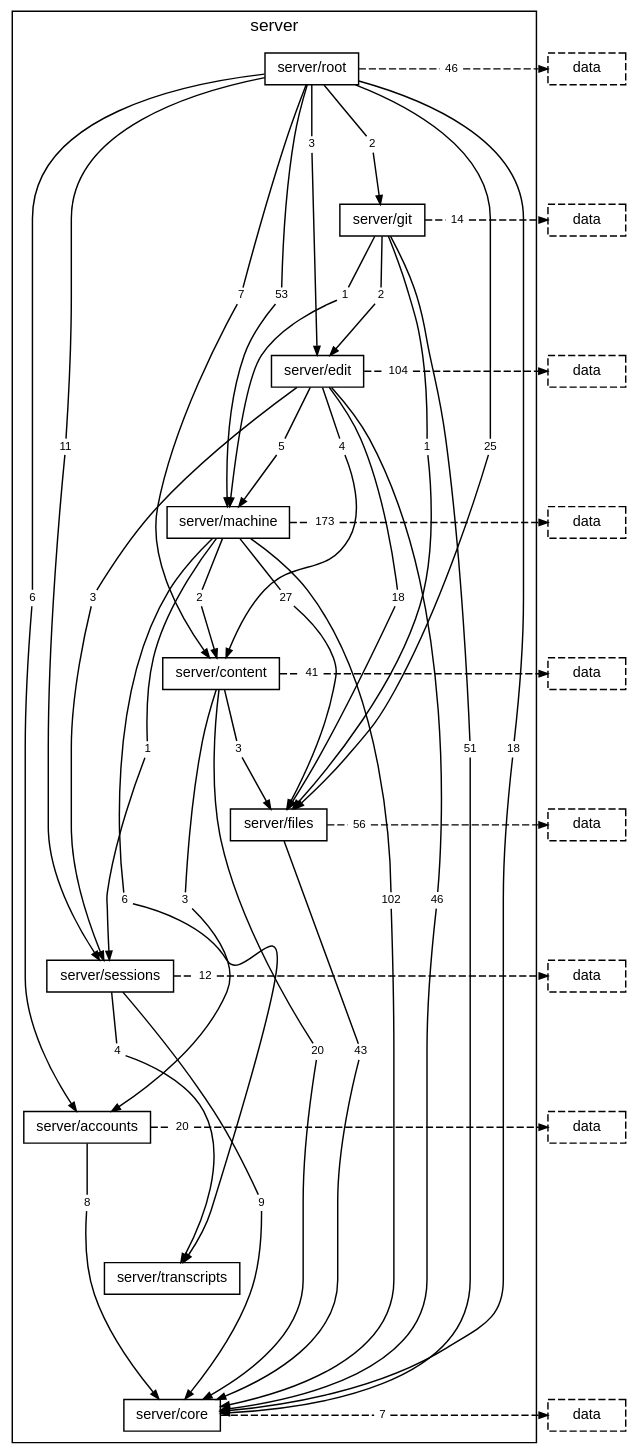
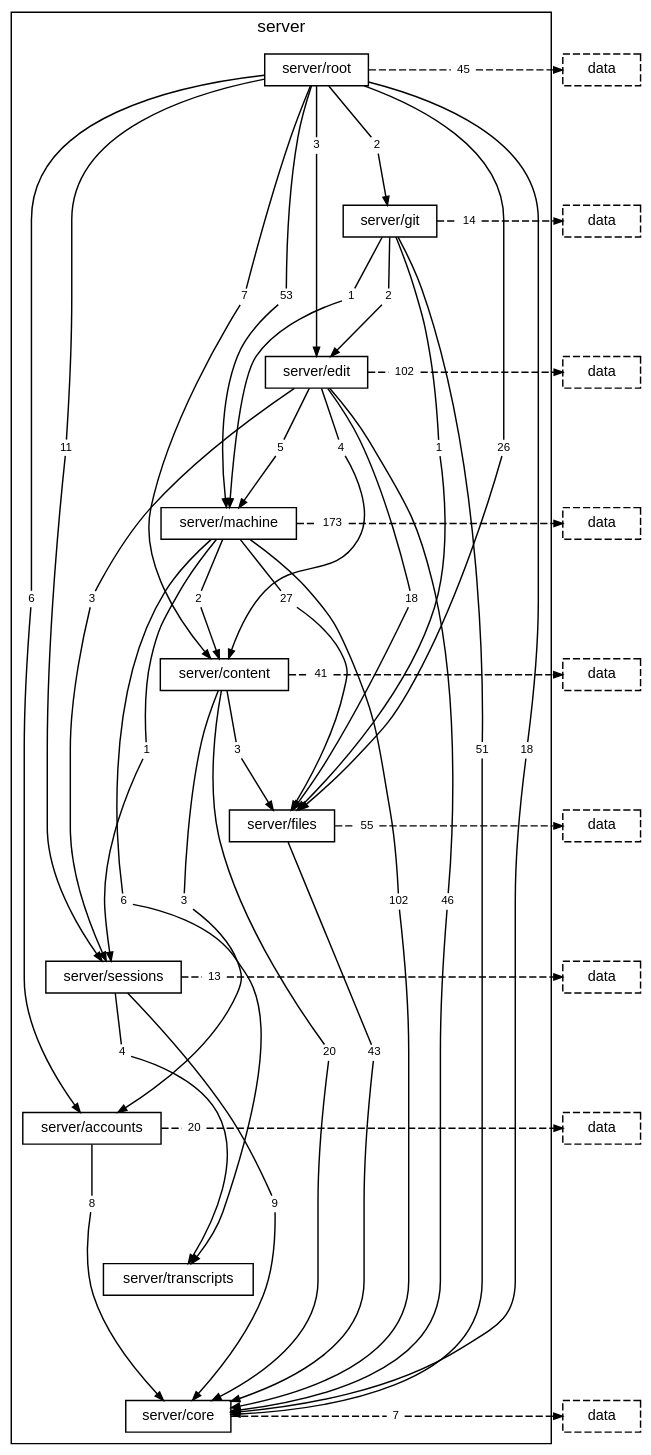
Before and after one commit to TheAxeC/oculus: the diagram in docs/diagrams/layer-server.dot, drawn with Graphviz. The commit also changed 642 other files, not shown here.

```diff
--- a/docs/diagrams/layer-server.dot
+++ b/docs/diagrams/layer-server.dot
@@ -1,7 +1,7 @@
 digraph layer_server {
-    graph [bgcolor="transparent", rankdir=TB, newrank=true, mclimit=4, fontname="Helvetica,Arial,sans-serif", fontsize=12, nodesep=0.2, ranksep=0.5];
-    node [shape=box, color="black", fontcolor="black", fontname="Helvetica,Arial,sans-serif", fontsize=10, height=0.3, margin="0.12,0.04"];
-    edge [color="black", fontcolor="black", fontname="Helvetica,Arial,sans-serif", fontsize=8, arrowsize=0.6];
+    graph [bgcolor="transparent", rankdir=TB, newrank=true, mclimit=4, fontname="Helvetica", fontsize=12, nodesep=0.2, ranksep=0.5];
+    node [shape=box, color="black", fontcolor="black", fontname="Helvetica", fontsize=10, height=0.3, margin="0.12,0.04"];
+    edge [color="black", fontcolor="black", fontname="Helvetica", fontsize=8, arrowsize=0.6];
     subgraph "cluster_server" {
         label="server"; style=solid;
         "folder server/root" [label="server/root"];
@@ -18,11 +18,11 @@
         "folder server/root to folder server/content" [label="7", shape=box, color="transparent", fontsize=8, width=0, height=0, margin="0.04,0.02"];
         "folder server/root to folder server/core" [label="18", shape=box, color="transparent", fontsize=8, width=0, height=0, margin="0.04,0.02"];
         "folder server/root to folder server/edit" [label="3", shape=box, color="transparent", fontsize=8, width=0, height=0, margin="0.04,0.02"];
-        "folder server/root to folder server/files" [label="25", shape=box, color="transparent", fontsize=8, width=0, height=0, margin="0.04,0.02"];
+        "folder server/root to folder server/files" [label="26", shape=box, color="transparent", fontsize=8, width=0, height=0, margin="0.04,0.02"];
         "folder server/root to folder server/git" [label="2", shape=box, color="transparent", fontsize=8, width=0, height=0, margin="0.04,0.02"];
         "folder server/root to folder server/machine" [label="53", shape=box, color="transparent", fontsize=8, width=0, height=0, margin="0.04,0.02"];
         "folder server/root to folder server/sessions" [label="11", shape=box, color="transparent", fontsize=8, width=0, height=0, margin="0.04,0.02"];
-        "folder server/root to layer data" [label="46", shape=box, color="transparent", fontsize=8, width=0, height=0, margin="0.04,0.02"];
+        "folder server/root to layer data" [label="45", shape=box, color="transparent", fontsize=8, width=0, height=0, margin="0.04,0.02"];
         "folder server/git to folder server/core" [label="51", shape=box, color="transparent", fontsize=8, width=0, height=0, margin="0.04,0.02"];
         "folder server/git to folder server/edit" [label="2", shape=box, color="transparent", fontsize=8, width=0, height=0, margin="0.04,0.02"];
         "folder server/git to folder server/files" [label="1", shape=box, color="transparent", fontsize=8, width=0, height=0, margin="0.04,0.02"];
@@ -33,7 +33,7 @@
         "folder server/edit to folder server/files" [label="18", shape=box, color="transparent", fontsize=8, width=0, height=0, margin="0.04,0.02"];
         "folder server/edit to folder server/machine" [label="5", shape=box, color="transparent", fontsize=8, width=0, height=0, margin="0.04,0.02"];
         "folder server/edit to folder server/sessions" [label="3", shape=box, color="transparent", fontsize=8, width=0, height=0, margin="0.04,0.02"];
-        "folder server/edit to layer data" [label="104", shape=box, color="transparent", fontsize=8, width=0, height=0, margin="0.04,0.02"];
+        "folder server/edit to layer data" [label="102", shape=box, color="transparent", fontsize=8, width=0, height=0, margin="0.04,0.02"];
         "folder server/machine to folder server/content" [label="2", shape=box, color="transparent", fontsize=8, width=0, height=0, margin="0.04,0.02"];
         "folder server/machine to folder server/core" [label="102", shape=box, color="transparent", fontsize=8, width=0, height=0, margin="0.04,0.02"];
         "folder server/machine to folder server/files" [label="27", shape=box, color="transparent", fontsize=8, width=0, height=0, margin="0.04,0.02"];
@@ -45,10 +45,10 @@
         "folder server/content to folder server/files" [label="3", shape=box, color="transparent", fontsize=8, width=0, height=0, margin="0.04,0.02"];
         "folder server/content to layer data" [label="41", shape=box, color="transparent", fontsize=8, width=0, height=0, margin="0.04,0.02"];
         "folder server/files to folder server/core" [label="43", shape=box, color="transparent", fontsize=8, width=0, height=0, margin="0.04,0.02"];
-        "folder server/files to layer data" [label="56", shape=box, color="transparent", fontsize=8, width=0, height=0, margin="0.04,0.02"];
+        "folder server/files to layer data" [label="55", shape=box, color="transparent", fontsize=8, width=0, height=0, margin="0.04,0.02"];
         "folder server/sessions to folder server/core" [label="9", shape=box, color="transparent", fontsize=8, width=0, height=0, margin="0.04,0.02"];
         "folder server/sessions to folder server/transcripts" [label="4", shape=box, color="transparent", fontsize=8, width=0, height=0, margin="0.04,0.02"];
-        "folder server/sessions to layer data" [label="12", shape=box, color="transparent", fontsize=8, width=0, height=0, margin="0.04,0.02"];
+        "folder server/sessions to layer data" [label="13", shape=box, color="transparent", fontsize=8, width=0, height=0, margin="0.04,0.02"];
         "folder server/accounts to folder server/core" [label="8", shape=box, color="transparent", fontsize=8, width=0, height=0, margin="0.04,0.02"];
         "folder server/accounts to layer data" [label="20", shape=box, color="transparent", fontsize=8, width=0, height=0, margin="0.04,0.02"];
         "folder server/core to layer data" [label="7", shape=box, color="transparent", fontsize=8, width=0, height=0, margin="0.04,0.02"];
```
